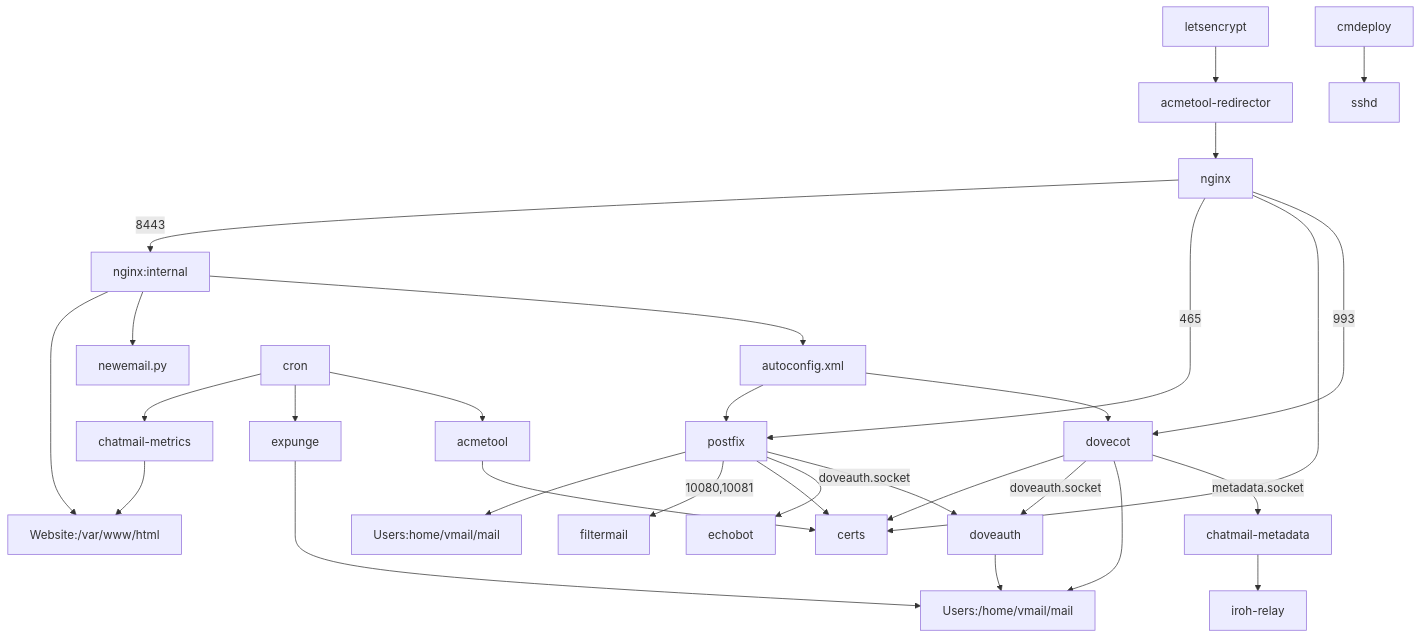
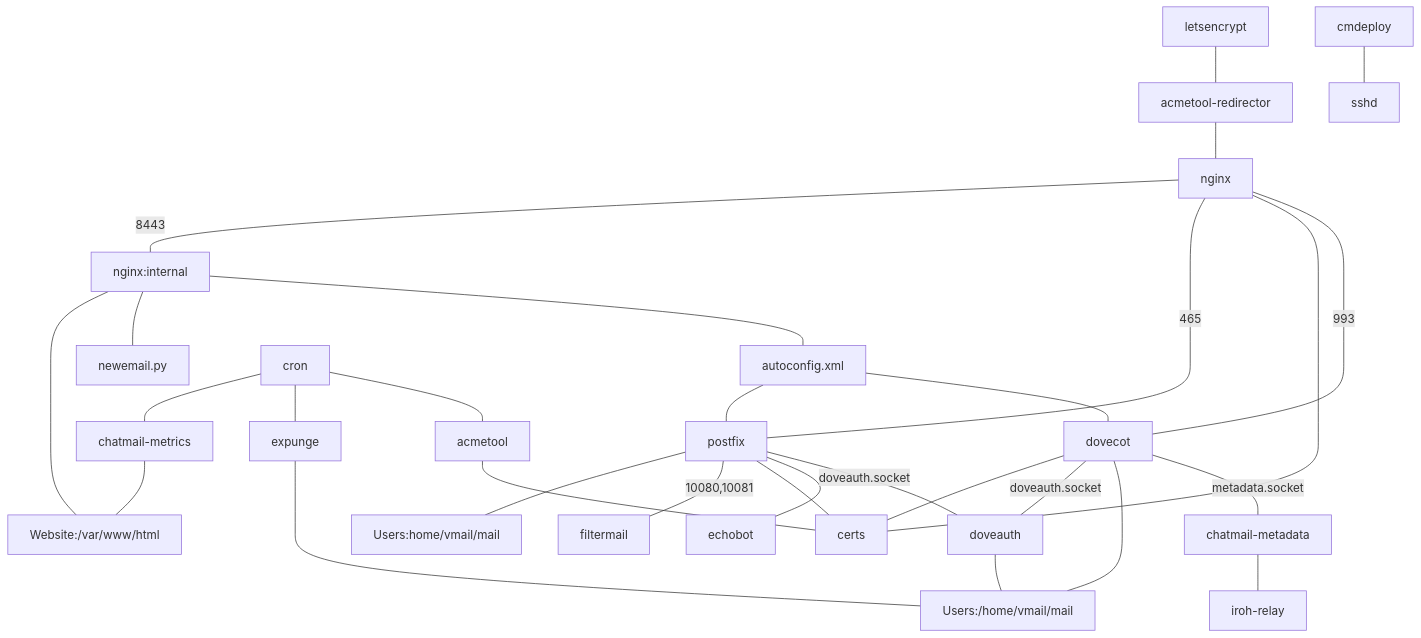
One commit to cliffmccarthy/chatmail-relay changed the diagram in ARCHITECTURE.md. Above: the diagram before and after it, drawn with Mermaid.

Commit message:
Replace arrows with lines

````diff
--- a/ARCHITECTURE.md
+++ b/ARCHITECTURE.md
@@ -4,32 +4,32 @@
 ```mermaid
 graph TD;
-    letsencrypt --> acmetool-redirector;
-    acmetool-redirector --> nginx;
-    nginx --> |8443|nginx:internal;
-    nginx:internal --> Website:/var/www/html;
-    nginx:internal --> newemail.py;
-    nginx:internal --> autoconfig.xml;
-    cron --> chatmail-metrics;
-    cron --> expunge;
-    cron --> acmetool;
-    chatmail-metrics --> Website:/var/www/html;
-    acmetool --> certs;
-    nginx --> |465|postfix;
-    nginx --> certs;
-    nginx --> |993|dovecot;
-    autoconfig.xml --> postfix;
-    autoconfig.xml --> dovecot;
-    postfix --> Users:home/vmail/mail;
-    postfix --> |10080,10081|filtermail;
-    postfix --> certs;
-    postfix --> echobot;
-    postfix --> |doveauth.socket|doveauth;
-    dovecot --> certs;
-    dovecot --> |doveauth.socket|doveauth;
-    dovecot --> Users:/home/vmail/mail;
-    dovecot --> |metadata.socket|chatmail-metadata;
-    doveauth --> Users:/home/vmail/mail;
-    expunge --> Users:/home/vmail/mail;
-    chatmail-metadata --> iroh-relay;
-    cmdeploy --> sshd;
+    letsencrypt --- acmetool-redirector;
+    acmetool-redirector --- nginx;
+    nginx --- |8443|nginx:internal;
+    nginx:internal --- Website:/var/www/html;
+    nginx:internal --- newemail.py;
+    nginx:internal --- autoconfig.xml;
+    cron --- chatmail-metrics;
+    cron --- expunge;
+    cron --- acmetool;
+    chatmail-metrics --- Website:/var/www/html;
+    acmetool --- certs;
+    nginx --- |465|postfix;
+    nginx --- certs;
+    nginx --- |993|dovecot;
+    autoconfig.xml --- postfix;
+    autoconfig.xml --- dovecot;
+    postfix --- Users:home/vmail/mail;
+    postfix --- |10080,10081|filtermail;
+    postfix --- certs;
+    postfix --- echobot;
+    postfix --- |doveauth.socket|doveauth;
+    dovecot --- certs;
+    dovecot --- |doveauth.socket|doveauth;
+    dovecot --- Users:/home/vmail/mail;
+    dovecot --- |metadata.socket|chatmail-metadata;
+    doveauth --- Users:/home/vmail/mail;
+    expunge --- Users:/home/vmail/mail;
+    chatmail-metadata --- iroh-relay;
+    cmdeploy --- sshd;
 ```
````
